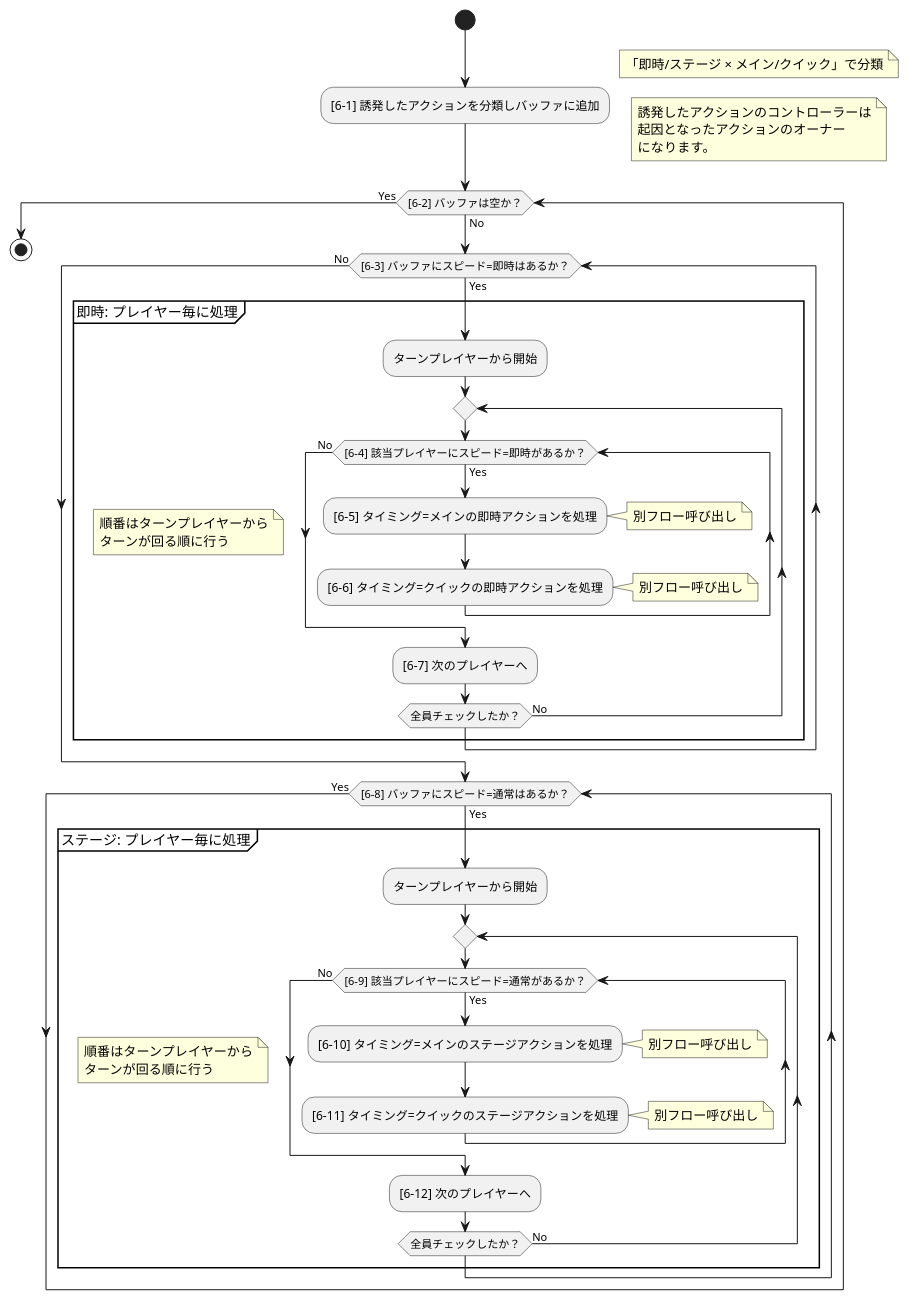
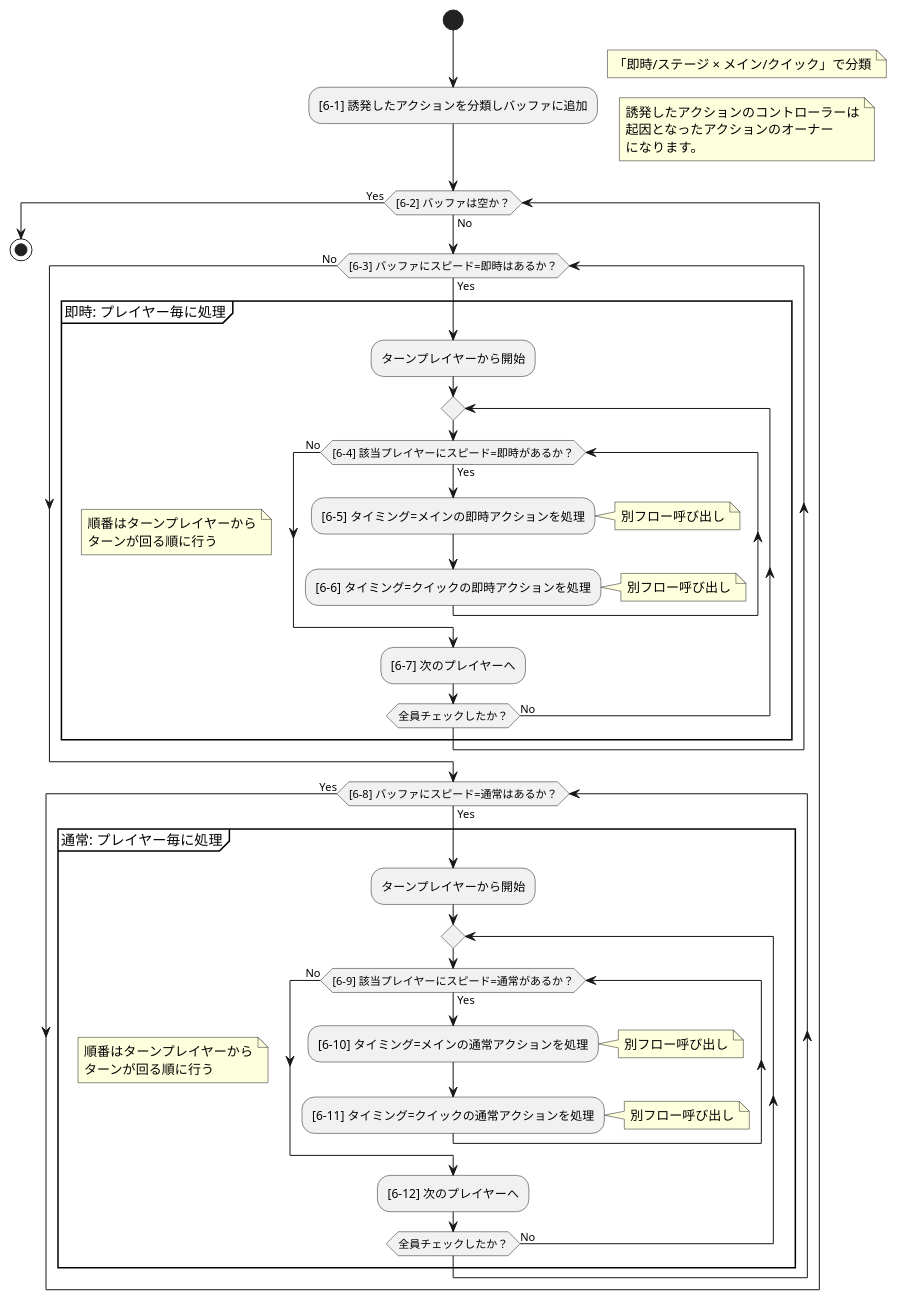
Before and after one commit to BlackPoker/BlackPoker: the diagram in source/core/triggerflow.puml, drawn with PlantUML. The commit also changed 3 other files, not shown here.

```diff
--- a/source/core/triggerflow.puml
+++ b/source/core/triggerflow.puml
@@ -1,80 +1,80 @@
 @startuml
 '==============================
 '【Main method】（アクション分類・プレイヤー毎処理）
 '==============================
 |Main method|
 start
 :[6-1] 誘発したアクションを分類しバッファに追加;
 note right
     「即時/ステージ × メイン/クイック」で分類
 end note
 note right
     誘発したアクションのコントローラーは
     起因となったアクションのオーナー
     になります。
 end note
 
 while ([6-2] バッファは空か？) is (No) 
   ' 外部ループ：バッファに何らかのアクションが残っている限り処理する
 
   '-------------------------------------------
   '【即時：プレイヤー毎に処理】
   '-------------------------------------------
   while ([6-3] バッファにスピード=即時はあるか？) is (Yes)
 
     group 即時: プレイヤー毎に処理
     note
         順番はターンプレイヤーから
         ターンが回る順に行う
     end note
 
       :ターンプレイヤーから開始;
 
       repeat
         while ([6-4] 該当プレイヤーにスピード=即時があるか？) is (Yes)
           :[6-5] タイミング=メインの即時アクションを処理;
           note right
             別フロー呼び出し
           end note
           :[6-6] タイミング=クイックの即時アクションを処理;
           note right
             別フロー呼び出し
           end note
         endwhile (No)
         :[6-7] 次のプレイヤーへ;
       repeat while (全員チェックしたか？) is (No)
     end group
   endwhile (No)
 
   '-------------------------------------------
-  '【ステージ：プレイヤー毎に処理】
+  '【通常：プレイヤー毎に処理】
   '-------------------------------------------
   while ([6-8] バッファにスピード=通常はあるか？) is (Yes)
 
-    group ステージ: プレイヤー毎に処理
+    group 通常: プレイヤー毎に処理
     note
         順番はターンプレイヤーから
         ターンが回る順に行う
     end note
 
       :ターンプレイヤーから開始;
 
       repeat
         while ([6-9] 該当プレイヤーにスピード=通常があるか？) is (Yes)
-          :[6-10] タイミング=メインのステージアクションを処理;
+          :[6-10] タイミング=メインの通常アクションを処理;
           note right
             別フロー呼び出し
           end note
-          :[6-11] タイミング=クイックのステージアクションを処理;
+          :[6-11] タイミング=クイックの通常アクションを処理;
           note right
             別フロー呼び出し
           end note
         endwhile (No)
         :[6-12] 次のプレイヤーへ;
       repeat while (全員チェックしたか？) is (No)
     end group
   endwhile (Yes)
 
 endwhile (Yes)
 stop
 @enduml
```
